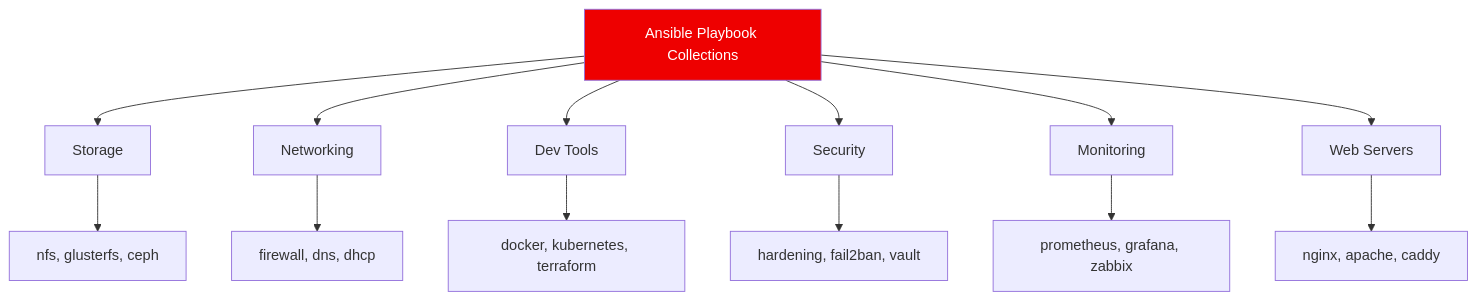
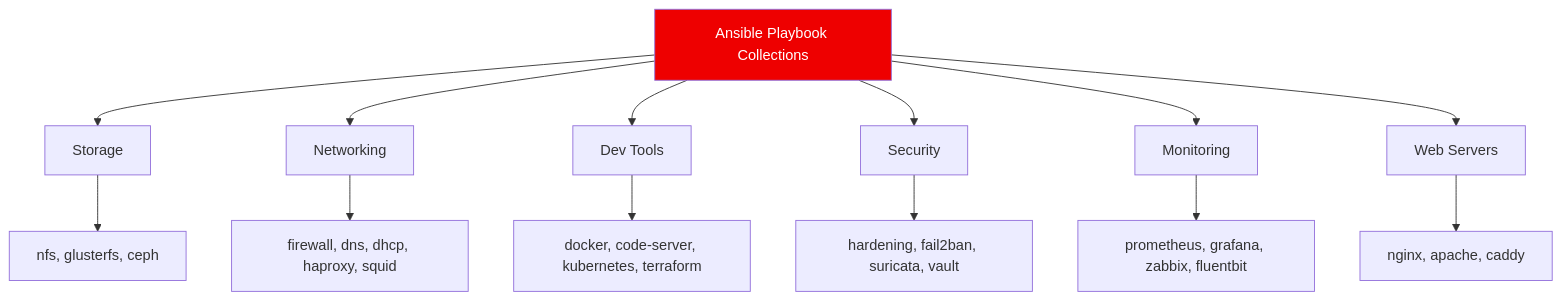
One commit to marcuwynu23/ansible-playbook-collections changed the first of 3 diagrams in README.md. Above: the diagram before and after it, drawn with Mermaid. The commit also changed other lines of this file, not shown here.

````diff
--- a/README.md
+++ b/README.md
@@ -40,18 +40,18 @@
 ```mermaid
 flowchart TD
     A[Ansible Playbook Collections] --> B[Storage]
     A --> C[Networking]
     A --> D[Dev Tools]
     A --> E[Security]
     A --> F[Monitoring]
     A --> G[Web Servers]
 
     B --> B1[nfs, glusterfs, ceph]
-    C --> C1[firewall, dns, dhcp]
-    D --> D1[docker, kubernetes, terraform]
-    E --> E1[hardening, fail2ban, vault]
-    F --> F1[prometheus, grafana, zabbix]
+    C --> C1[firewall, dns, dhcp, haproxy, squid]
+    D --> D1[docker, code-server, kubernetes, terraform]
+    E --> E1[hardening, fail2ban, suricata, vault]
+    F --> F1[prometheus, grafana, zabbix, fluentbit]
     G --> G1[nginx, apache, caddy]
 
     style A fill:#EE0000,color:#fff
 ```
````
